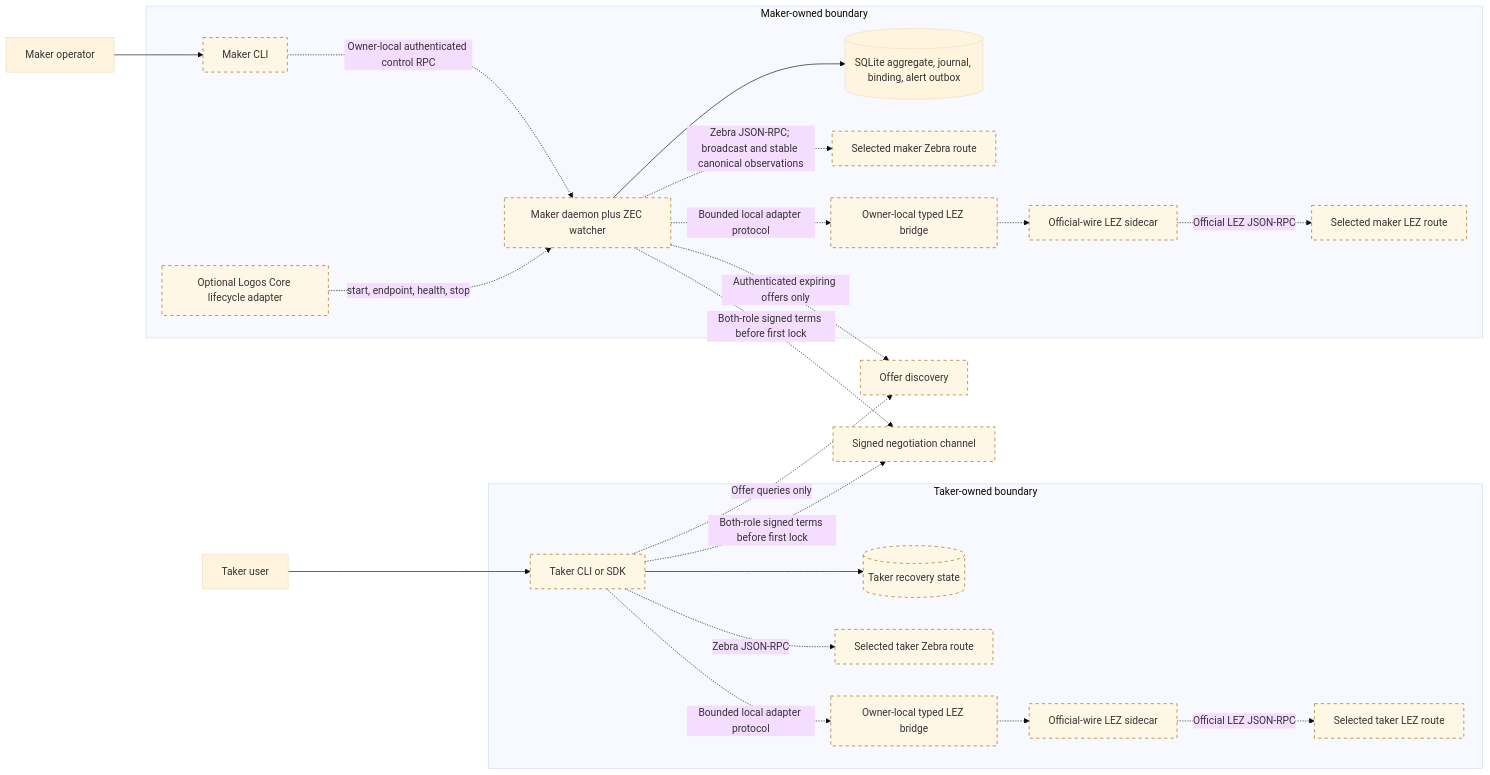
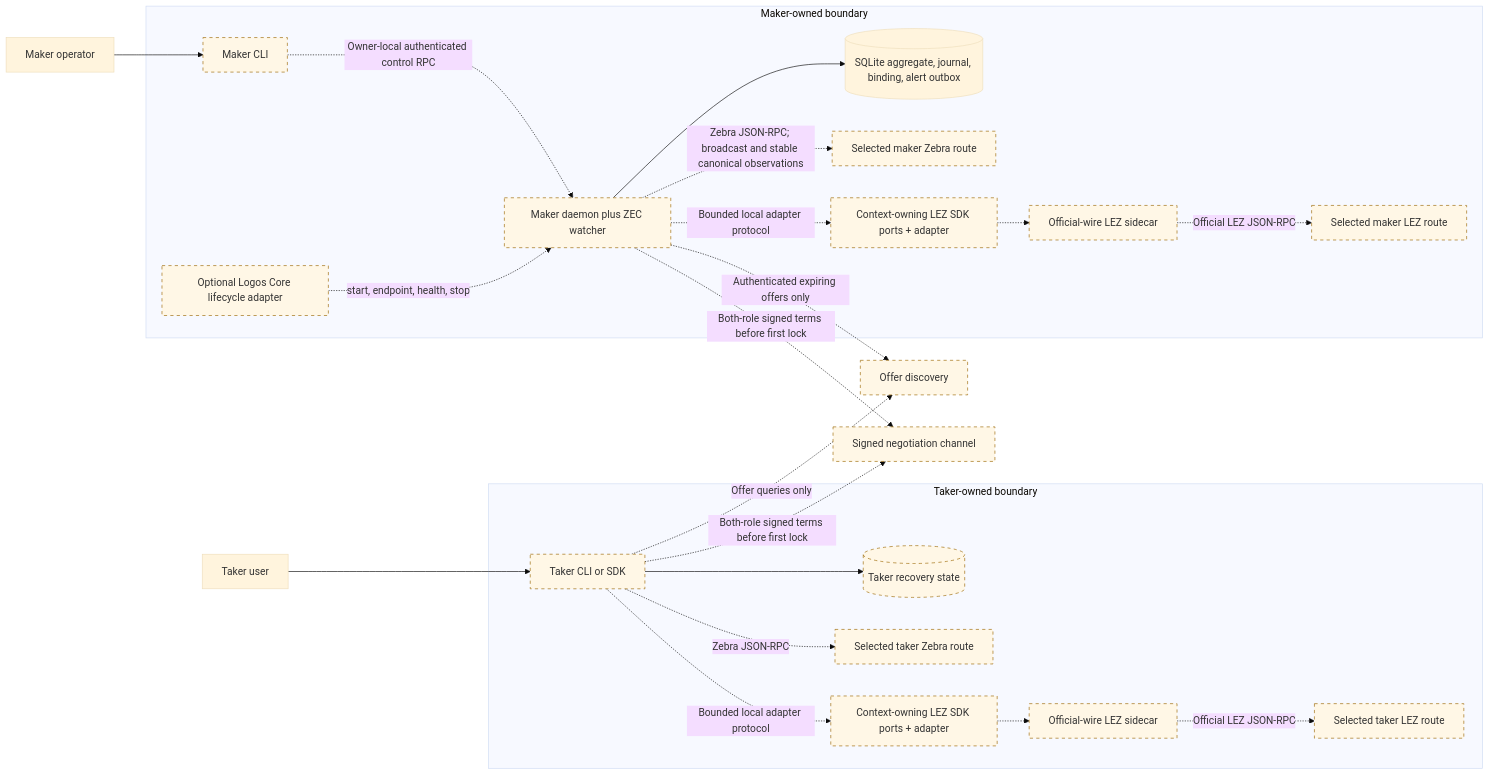
The third of 4 diagrams in docs/architecture/deployment-components-and-rpcs.md (gateway-fm/lez-atomic-swaps), drawn with Mermaid (base theme) before and after one commit. The commit also changed other lines of this file and 7 other files, not shown here.

````diff
--- a/docs/architecture/deployment-components-and-rpcs.md
+++ b/docs/architecture/deployment-components-and-rpcs.md
@@ -195,50 +224,50 @@
 ```mermaid
 flowchart LR
     Maker["Maker operator"]
     Taker["Taker user"]
 
     subgraph MakerBoundary["Maker-owned boundary"]
         MakerCLI["Maker CLI"]
         Core["Optional Logos Core lifecycle adapter"]
         MakerDaemon["Maker daemon plus ZEC watcher"]
         MakerStore[("SQLite aggregate, journal, binding, alert outbox")]
         MakerZebra["Selected maker Zebra route"]
-        MakerLezBridge["Owner-local typed LEZ bridge"]
+        MakerLezBridge["Context-owning LEZ SDK ports + adapter"]
         MakerLezSidecar["Official-wire LEZ sidecar"]
         MakerLez["Selected maker LEZ route"]
     end
 
     subgraph TakerBoundary["Taker-owned boundary"]
         TakerCLI["Taker CLI or SDK"]
         TakerState[("Taker recovery state")]
         TakerZebra["Selected taker Zebra route"]
-        TakerLezBridge["Owner-local typed LEZ bridge"]
+        TakerLezBridge["Context-owning LEZ SDK ports + adapter"]
         TakerLezSidecar["Official-wire LEZ sidecar"]
         TakerLez["Selected taker LEZ route"]
     end
 
     Delivery["Offer discovery"]
     Chat["Signed negotiation channel"]
 
     Maker --> MakerCLI
     MakerCLI -.->|"Owner-local authenticated control RPC"| MakerDaemon
     Core -.->|"start, endpoint, health, stop"| MakerDaemon
     MakerDaemon --> MakerStore
     MakerDaemon -.->|"Zebra JSON-RPC; broadcast and stable canonical observations"| MakerZebra
     MakerDaemon -.->|"Bounded local adapter protocol"| MakerLezBridge
     MakerLezBridge -.-> MakerLezSidecar
     MakerLezSidecar -.->|"Official LEZ JSON-RPC"| MakerLez
     Taker --> TakerCLI
     TakerCLI --> TakerState
     TakerCLI -.->|"Zebra JSON-RPC"| TakerZebra
     TakerCLI -.->|"Bounded local adapter protocol"| TakerLezBridge
     TakerLezBridge -.-> TakerLezSidecar
     TakerLezSidecar -.->|"Official LEZ JSON-RPC"| TakerLez
     MakerDaemon -.->|"Authenticated expiring offers only"| Delivery
     TakerCLI -.->|"Offer queries only"| Delivery
     MakerDaemon -.->|"Both-role signed terms before first lock"| Chat
     TakerCLI -.->|"Both-role signed terms before first lock"| Chat
 
     classDef planned stroke-dasharray: 5 5,fill:#fff7e6,stroke:#9a6700;
     class MakerCLI,Core,MakerDaemon,MakerZebra,MakerLezBridge,MakerLezSidecar,MakerLez,TakerCLI,TakerState,TakerZebra,TakerLezBridge,TakerLezSidecar,TakerLez,Delivery,Chat planned;
 ```
````
